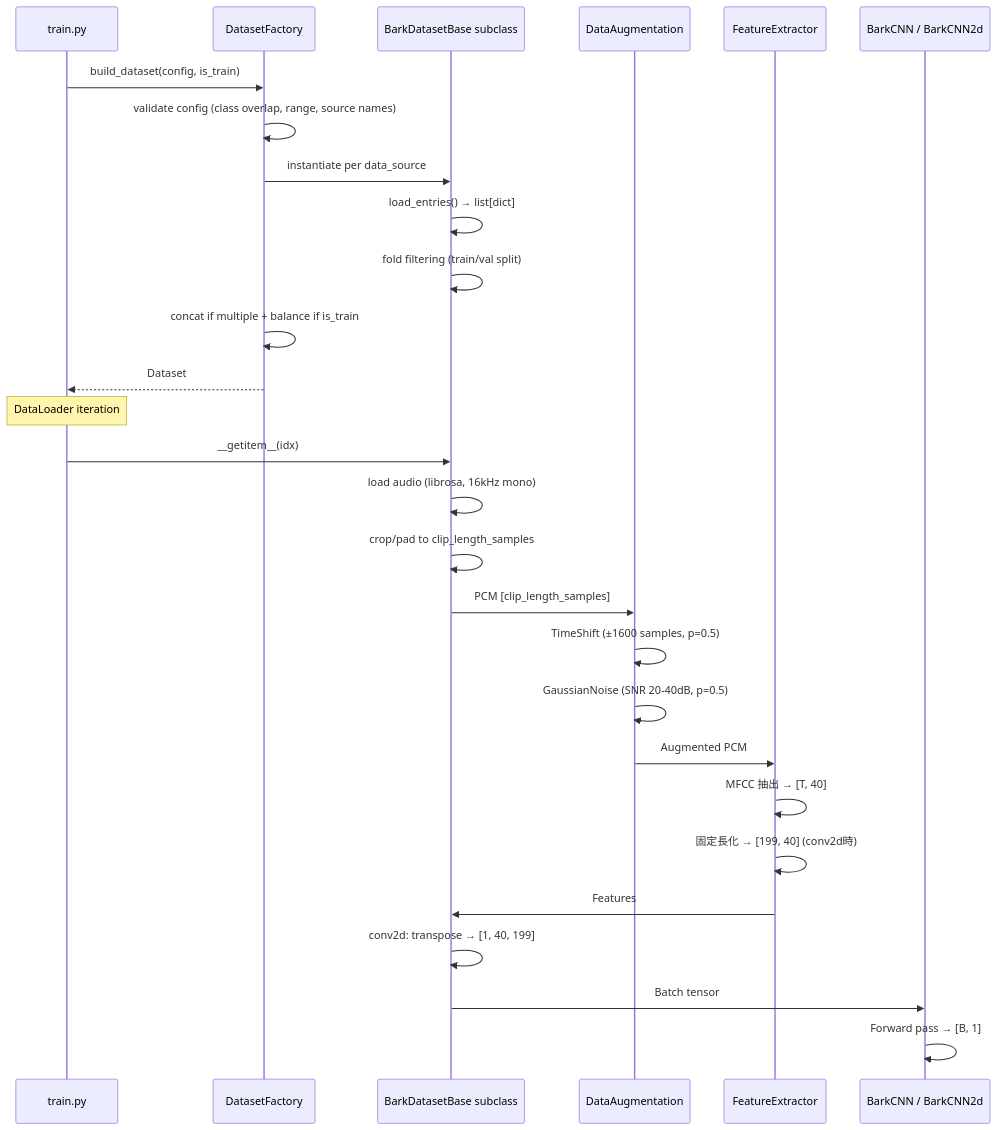
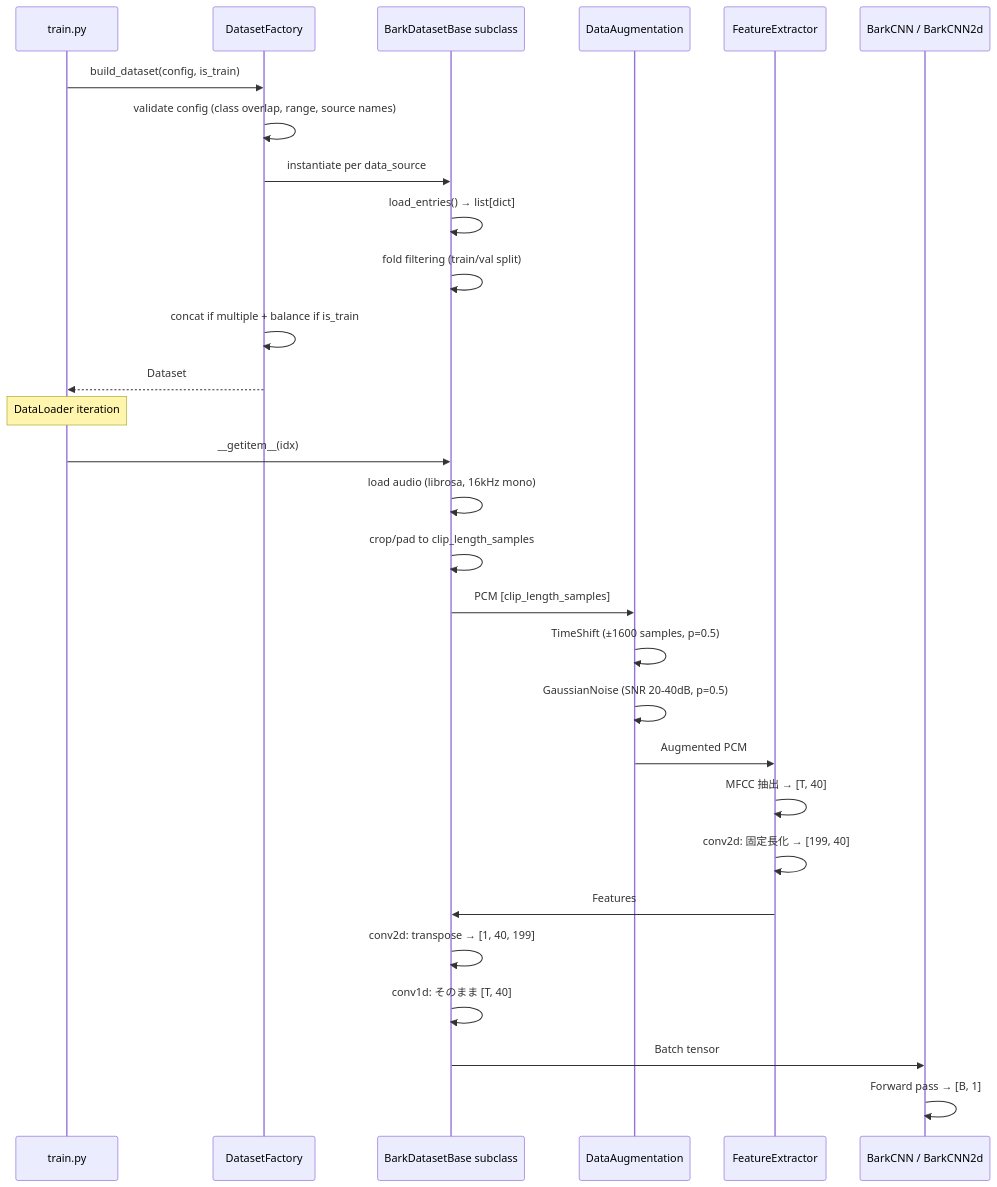
One commit to kazusanto/bark-check changed the second of 3 diagrams in .kiro/specs/bark-check/design.md. Above: the diagram before and after it, drawn with Mermaid. The commit also changed other lines of this file and 6 other files, not shown here.

````diff
--- a/.kiro/specs/bark-check/design.md
+++ b/.kiro/specs/bark-check/design.md
@@ -83,32 +83,33 @@
 ```mermaid
 sequenceDiagram
     participant CLI as train.py
     participant F as DatasetFactory
     participant DS as BarkDatasetBase subclass
     participant Aug as DataAugmentation
     participant FE as FeatureExtractor
     participant Model as BarkCNN / BarkCNN2d
 
     CLI->>F: build_dataset(config, is_train)
     F->>F: validate config (class overlap, range, source names)
     F->>DS: instantiate per data_source
     DS->>DS: load_entries() → list[dict]
     DS->>DS: fold filtering (train/val split)
     F->>F: concat if multiple + balance if is_train
     F-->>CLI: Dataset
 
     Note over CLI: DataLoader iteration
     CLI->>DS: __getitem__(idx)
     DS->>DS: load audio (librosa, 16kHz mono)
     DS->>DS: crop/pad to clip_length_samples
     DS->>Aug: PCM [clip_length_samples]
     Aug->>Aug: TimeShift (±1600 samples, p=0.5)
     Aug->>Aug: GaussianNoise (SNR 20-40dB, p=0.5)
     Aug->>FE: Augmented PCM
     FE->>FE: MFCC 抽出 → [T, 40]
-    FE->>FE: 固定長化 → [199, 40] (conv2d時)
+    FE->>FE: conv2d: 固定長化 → [199, 40]
     FE->>DS: Features
     DS->>DS: conv2d: transpose → [1, 40, 199]
+    DS->>DS: conv1d: そのまま [T, 40]
     DS->>Model: Batch tensor
     Model->>Model: Forward pass → [B, 1]
 ```
````
